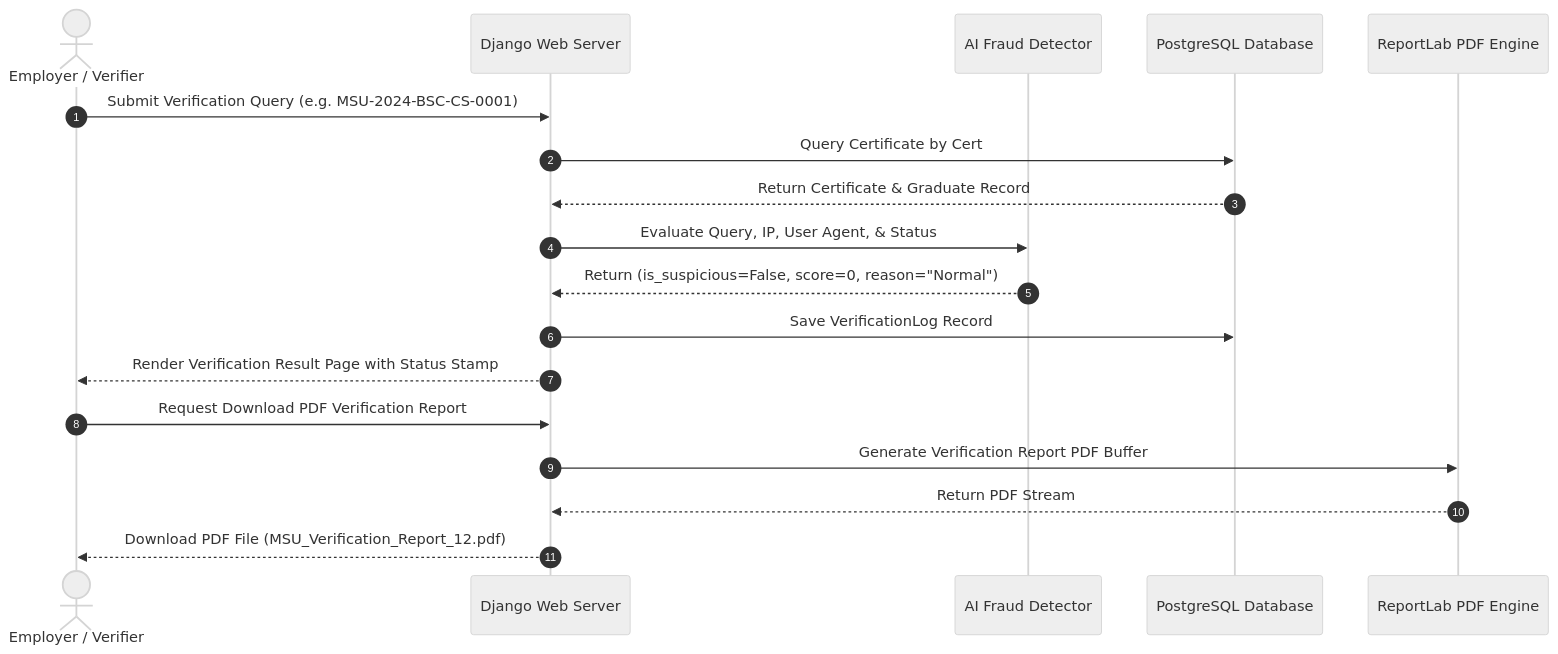
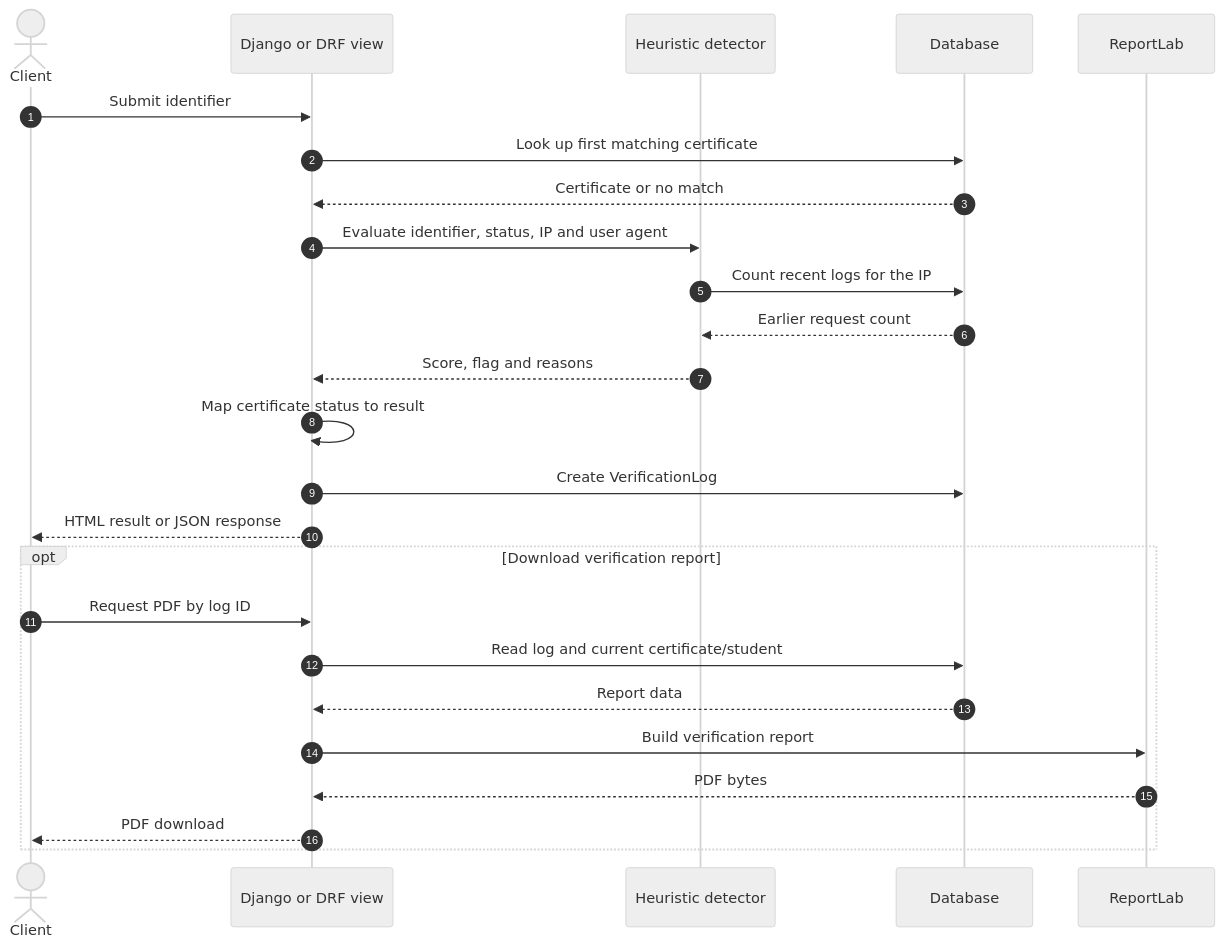
One commit to unclechipaz/qualification_verification_system changed the third of 5 diagrams in docs/UML_DIAGRAMS.md. Above: the diagram before and after it, drawn with Mermaid (neutral theme). The commit also changed other lines of this file and 7 other files, not shown here.

````diff
--- a/docs/UML_DIAGRAMS.md
+++ b/docs/UML_DIAGRAMS.md
@@ -121,21 +132,27 @@
 ```mermaid
 sequenceDiagram
     autonumber
-    actor Client as Employer / Verifier
-    participant Web as Django Web Server
-    participant Detector as AI Fraud Detector
-    participant DB as PostgreSQL Database
-    participant PDF as ReportLab PDF Engine
-
-    Client->>Web: Submit Verification Query (e.g. MSU-2024-BSC-CS-0001)
-    Web->>DB: Query Certificate by Cert#, Student ID, or Code
-    DB-->>Web: Return Certificate & Graduate Record
-    Web->>Detector: Evaluate Query, IP, User Agent, & Status
-    Detector-->>Web: Return (is_suspicious=False, score=0, reason="Normal")
-    Web->>DB: Save VerificationLog Record
-    Web-->>Client: Render Verification Result Page with Status Stamp
-    Client->>Web: Request Download PDF Verification Report
-    Web->>PDF: Generate Verification Report PDF Buffer
-    PDF-->>Web: Return PDF Stream
-    Web-->>Client: Download PDF File (MSU_Verification_Report_12.pdf)
+    actor Client
+    participant View as Django or DRF view
+    participant Risk as Heuristic detector
+    participant DB as Database
+    participant PDF as ReportLab
+    Client->>View: Submit identifier
+    View->>DB: Look up first matching certificate
+    DB-->>View: Certificate or no match
+    View->>Risk: Evaluate identifier, status, IP and user agent
+    Risk->>DB: Count recent logs for the IP
+    DB-->>Risk: Earlier request count
+    Risk-->>View: Score, flag and reasons
+    View->>View: Map certificate status to result
+    View->>DB: Create VerificationLog
+    View-->>Client: HTML result or JSON response
+    opt Download verification report
+        Client->>View: Request PDF by log ID
+        View->>DB: Read log and current certificate/student
+        DB-->>View: Report data
+        View->>PDF: Build verification report
+        PDF-->>View: PDF bytes
+        View-->>Client: PDF download
+    end
 ```
````
